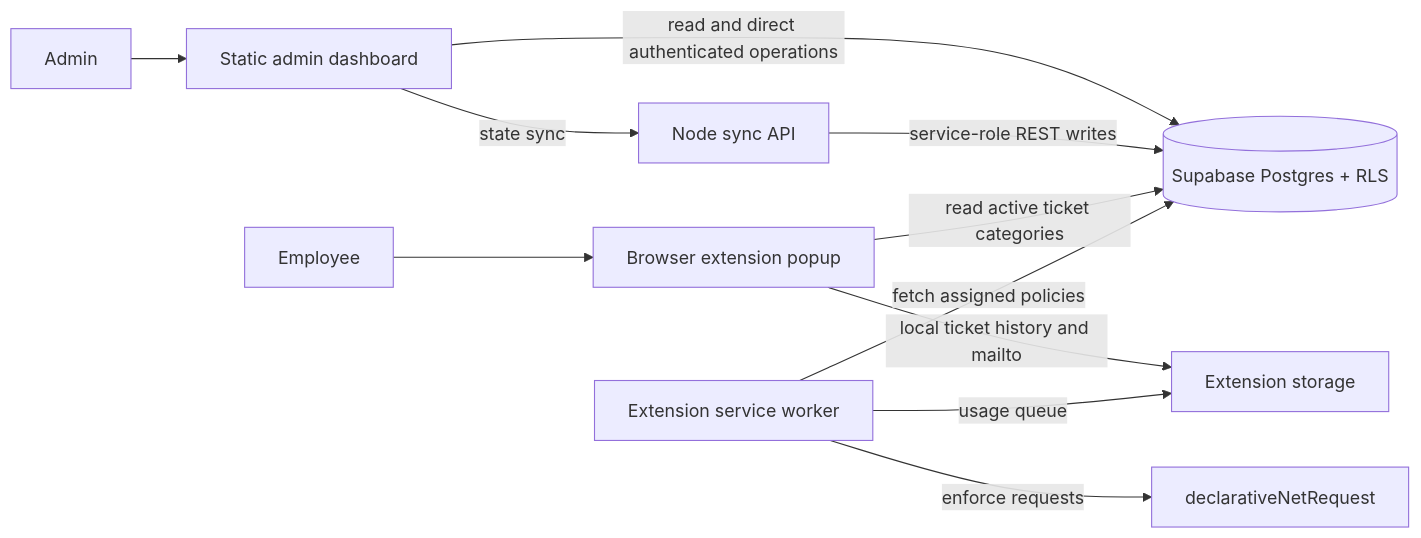
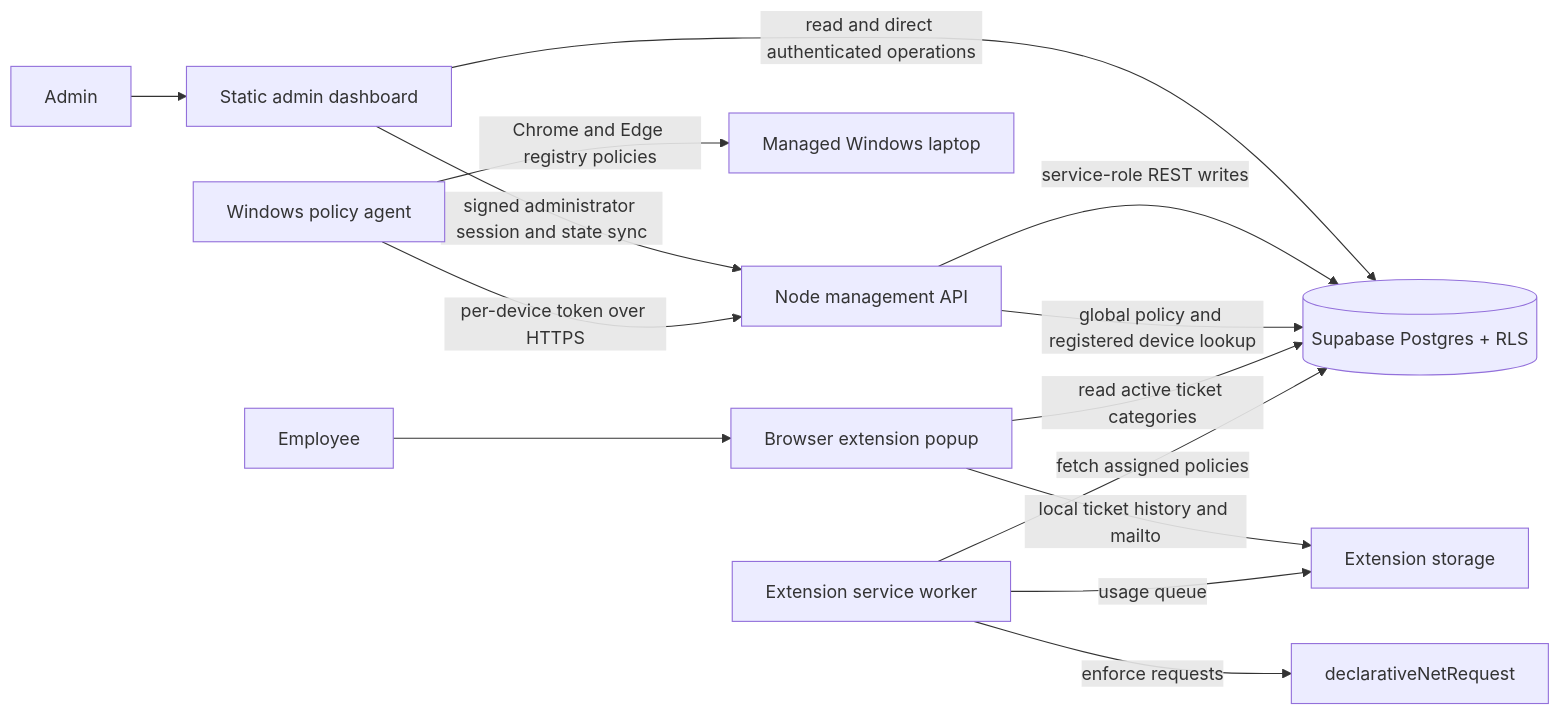
One commit to tekknows/ssys13 changed the diagram in README.md. Above: the diagram before and after it, drawn with Mermaid. The commit also changed other lines of this file and 16 other files, not shown here.

````diff
--- a/README.md
+++ b/README.md
@@ -7,13 +7,16 @@
 ```mermaid
 flowchart LR
   Admin[Admin] --> Dashboard[Static admin dashboard]
   Dashboard -->|read and direct authenticated operations| Supabase[(Supabase Postgres + RLS)]
-  Dashboard -->|state sync| API[Node sync API]
+  Dashboard -->|signed administrator session and state sync| API[Node management API]
   API -->|service-role REST writes| Supabase
+  Agent[Windows policy agent] -->|per-device token over HTTPS| API
+  API -->|global policy and registered device lookup| Supabase
+  Agent -->|Chrome and Edge registry policies| Windows[Managed Windows laptop]
   Employee[Employee] --> Popup[Browser extension popup]
   Popup -->|read active ticket categories| Supabase
   Popup -->|local ticket history and mailto| BrowserStore[Extension storage]
   Extension[Extension service worker] -->|fetch assigned policies| Supabase
   Extension -->|enforce requests| DNR[declarativeNetRequest]
   Extension -->|usage queue| BrowserStore
 ```
````
